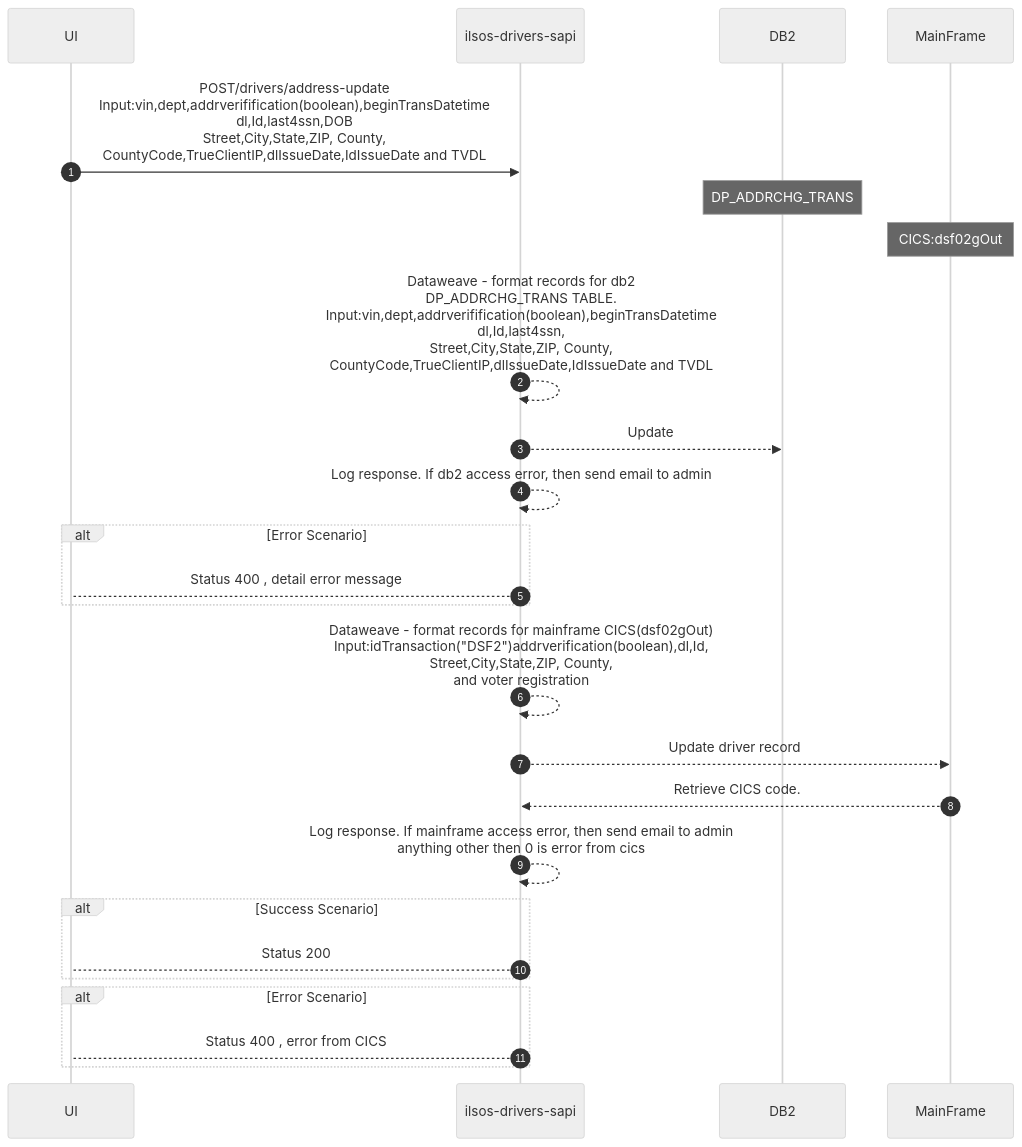
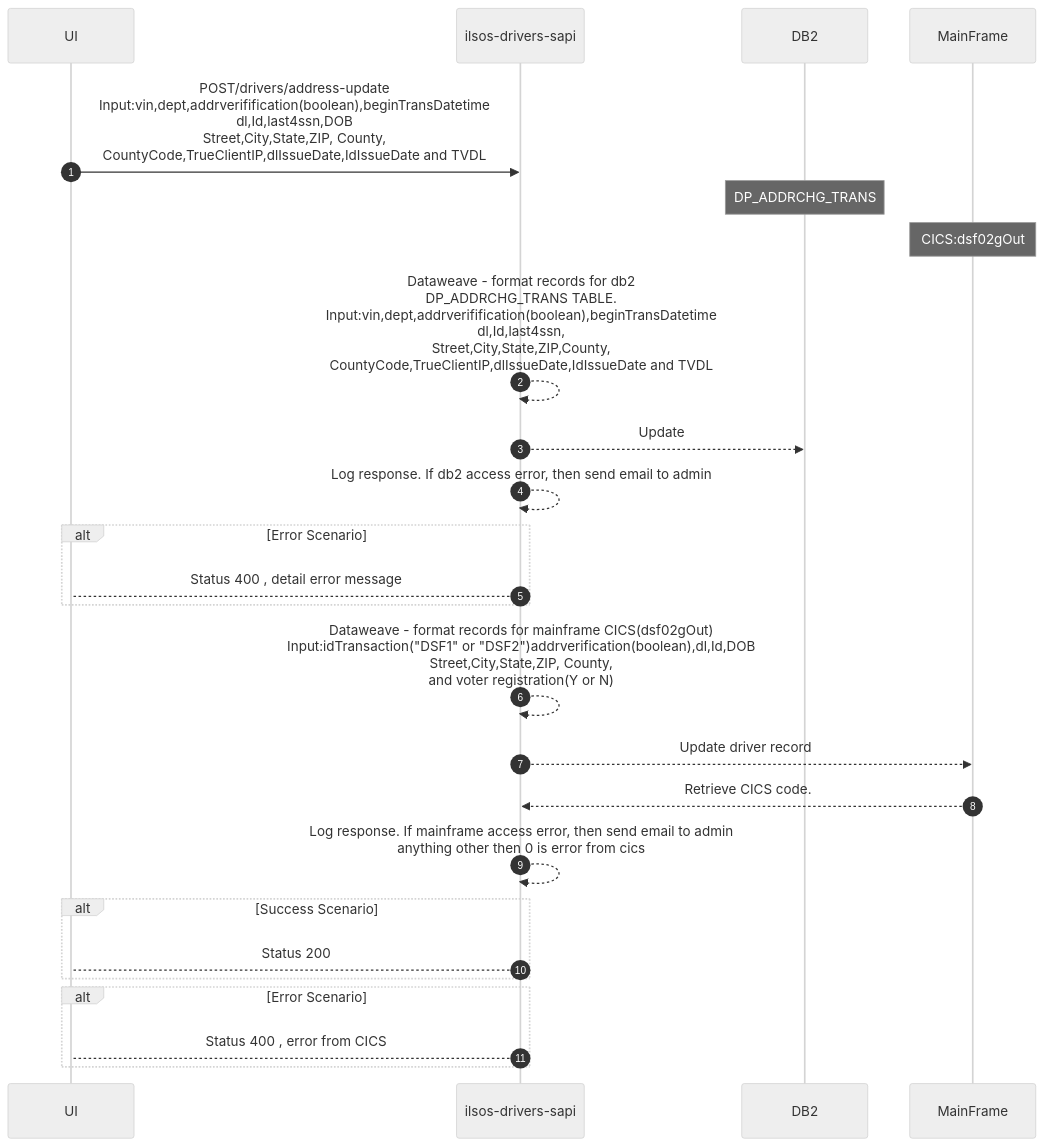
Before and after one commit to acme-devs/ilsos-drivers-sapi: the first of 3 diagrams in README.md, drawn with Mermaid (neutral theme).

````diff
--- a/README.md
+++ b/README.md
@@ -32,29 +32,29 @@
 ```mermaid
 sequenceDiagram
     autonumber
     participant ui as UI
     participant api as ilsos-drivers-sapi
     participant db2 as DB2
     participant mainframe as MainFrame
 
     ui->>api:POST/drivers/address-update <br>Input:vin,dept,addrverifification(boolean),beginTransDatetime<br>dl,Id,last4ssn,DOB<br>Street,City,State,ZIP, County,<br>CountyCode,TrueClientIP,dlIssueDate,IdIssueDate and TVDL
 
     note over db2:DP_ADDRCHG_TRANS
     note over mainframe:CICS:dsf02gOut
-    api-->>api:Dataweave - format records for db2<BR> DP_ADDRCHG_TRANS TABLE.<br>Input:vin,dept,addrverifification(boolean),beginTransDatetime<br>dl,Id,last4ssn,<br>Street,City,State,ZIP, County,<br>CountyCode,TrueClientIP,dlIssueDate,IdIssueDate and TVDL
+    api-->>api:Dataweave - format records for db2<BR> DP_ADDRCHG_TRANS TABLE.<br>Input:vin,dept,addrverifification(boolean),beginTransDatetime<br>dl,Id,last4ssn,<br>Street,City,State,ZIP,County,<br>CountyCode,TrueClientIP,dlIssueDate,IdIssueDate and TVDL
     api-->>db2:Update
     api-->>api:Log response. If db2 access error, then send email to admin
     alt Error Scenario 
         api-->ui: Status 400 , detail error message
     end
-    api-->>api:Dataweave - format records for mainframe CICS(dsf02gOut)<br> Input:idTransaction("DSF2")addrverification(boolean),dl,Id,<br>Street,City,State,ZIP, County,<br>and voter registration
+    api-->>api:Dataweave - format records for mainframe CICS(dsf02gOut)<br> Input:idTransaction("DSF1" or "DSF2")addrverification(boolean),dl,Id,DOB<br>Street,City,State,ZIP, County,<br>and voter registration(Y or N)
     api-->>mainframe:Update driver record
     mainframe-->>api:Retrieve CICS code.
     api-->>api:Log response. If mainframe access error, then send email to admin<br>anything other then 0 is error from cics
     alt Success Scenario 
         api-->ui: Status 200 
     end
     alt Error Scenario 
         api-->ui: Status 400 , error from CICS
     end
   ```
````
